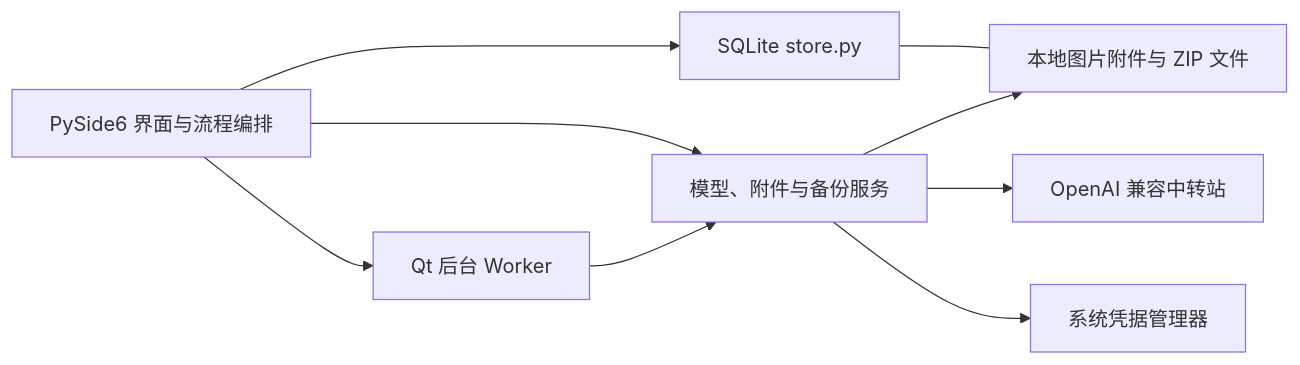
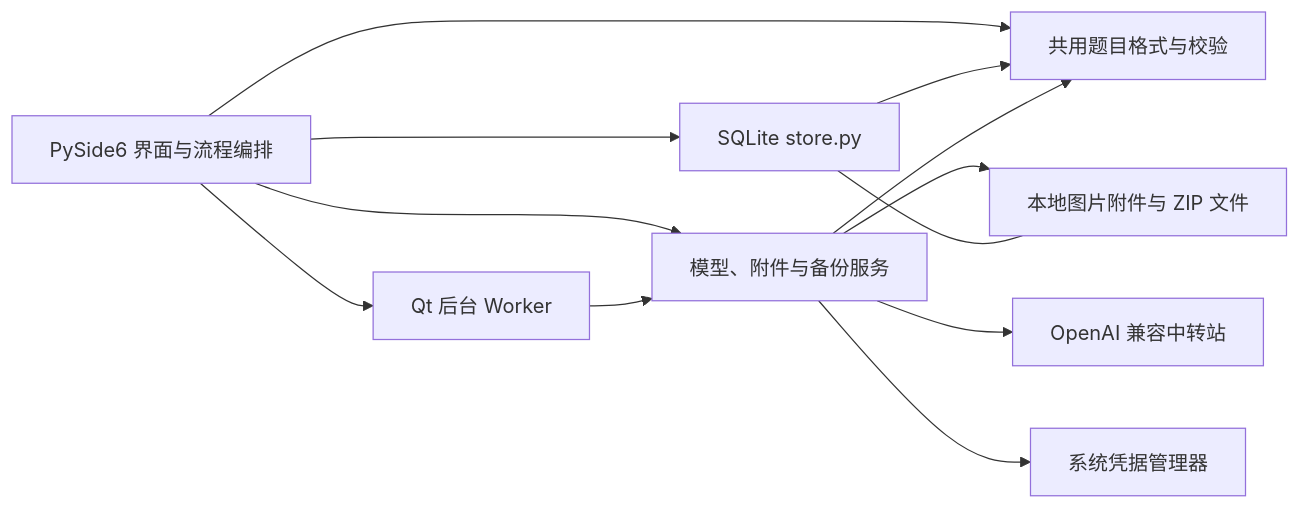
Before and after one commit to flandre0605/flandre-notebook: the diagram in 错题本项目说明.md, drawn with Mermaid. The commit also changed other lines of this file and 34 other files, not shown here.

````diff
--- a/错题本项目说明.md
+++ b/错题本项目说明.md
@@ -60,19 +64,22 @@
 ```mermaid
 flowchart LR
     UI[PySide6 界面与流程编排]
     DB[SQLite store.py]
     SERVICE[模型、附件与备份服务]
     FS[本地图片附件与 ZIP 文件]
     AI[OpenAI 兼容中转站]
     KEY[系统凭据管理器]
     WORKER[Qt 后台 Worker]
 
     UI --> DB
+    UI --> FORMAT[共用题目格式与校验]
+    DB --> FORMAT
+    SERVICE --> FORMAT
     UI --> SERVICE
     SERVICE --> FS
     UI --> WORKER
     WORKER --> SERVICE
     SERVICE --> AI
     SERVICE --> KEY
     DB --- FS
 ```
````
